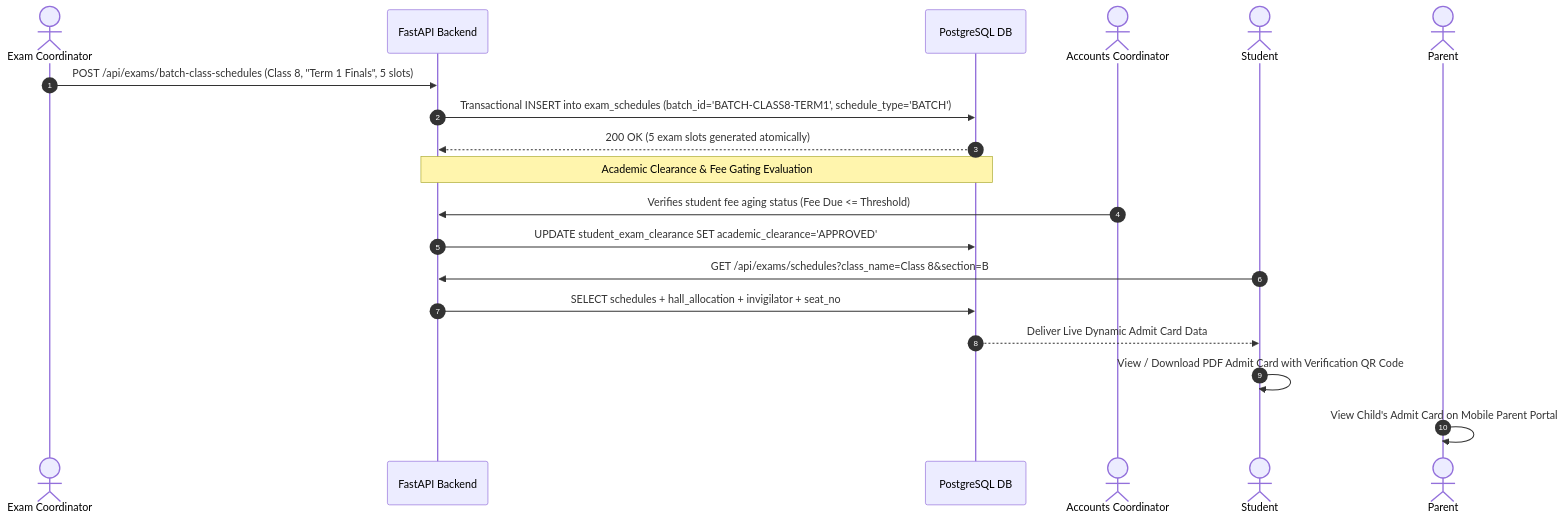
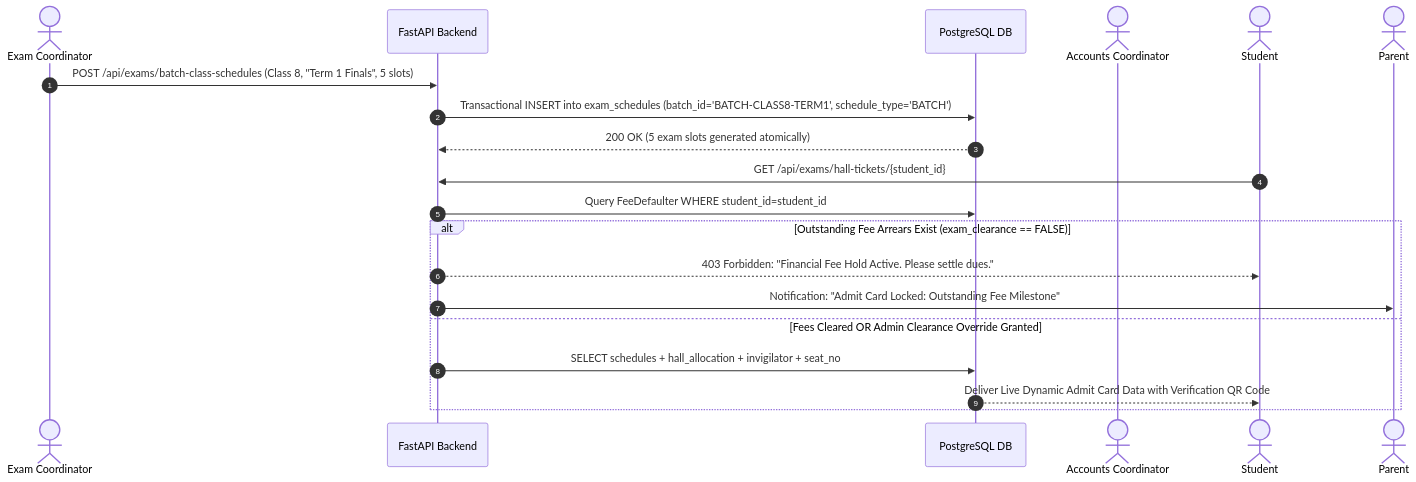
Before and after one commit to DiradzProducts/EDU360: the fifth of 9 diagrams in docs/prd/PRD.md, drawn with Mermaid. The commit also changed other lines of this file and 54 other files, not shown here.

Commit message:
feat(core): synchronize cross-role workflows, dynamic surveillance, and v10.0 architecture

````diff
--- a/docs/prd/PRD.md
+++ b/docs/prd/PRD.md
@@ -346,22 +359,23 @@
 ```mermaid
 sequenceDiagram
     autonumber
     actor Coord as Exam Coordinator
     participant API as FastAPI Backend
     participant DB as PostgreSQL DB
     actor Accounts as Accounts Coordinator
     actor Student as Student
     actor Parent as Parent
 
     Coord->>API: POST /api/exams/batch-class-schedules (Class 8, "Term 1 Finals", 5 slots)
     API->>DB: Transactional INSERT into exam_schedules (batch_id='BATCH-CLASS8-TERM1', schedule_type='BATCH')
     DB-->>API: 200 OK (5 exam slots generated atomically)
-    Note over API,DB: Academic Clearance & Fee Gating Evaluation
-    Accounts->>API: Verifies student fee aging status (Fee Due <= Threshold)
-    API->>DB: UPDATE student_exam_clearance SET academic_clearance='APPROVED'
-    Student->>API: GET /api/exams/schedules?class_name=Class 8&section=B
-    API->>DB: SELECT schedules + hall_allocation + invigilator + seat_no
-    DB-->>Student: Deliver Live Dynamic Admit Card Data
-    Student->>Student: View / Download PDF Admit Card with Verification QR Code
-    Parent->>Parent: View Child's Admit Card on Mobile Parent Portal
+    Student->>API: GET /api/exams/hall-tickets/{student_id}
+    API->>DB: Query FeeDefaulter WHERE student_id=student_id
+    alt Outstanding Fee Arrears Exist (exam_clearance == FALSE)
+        API-->>Student: 403 Forbidden: "Financial Fee Hold Active. Please settle dues."
+        API->>Parent: Notification: "Admit Card Locked: Outstanding Fee Milestone"
+    else Fees Cleared OR Admin Clearance Override Granted
+        API->>DB: SELECT schedules + hall_allocation + invigilator + seat_no
+        DB-->>Student: Deliver Live Dynamic Admit Card Data with Verification QR Code
+    end
 ```
````
